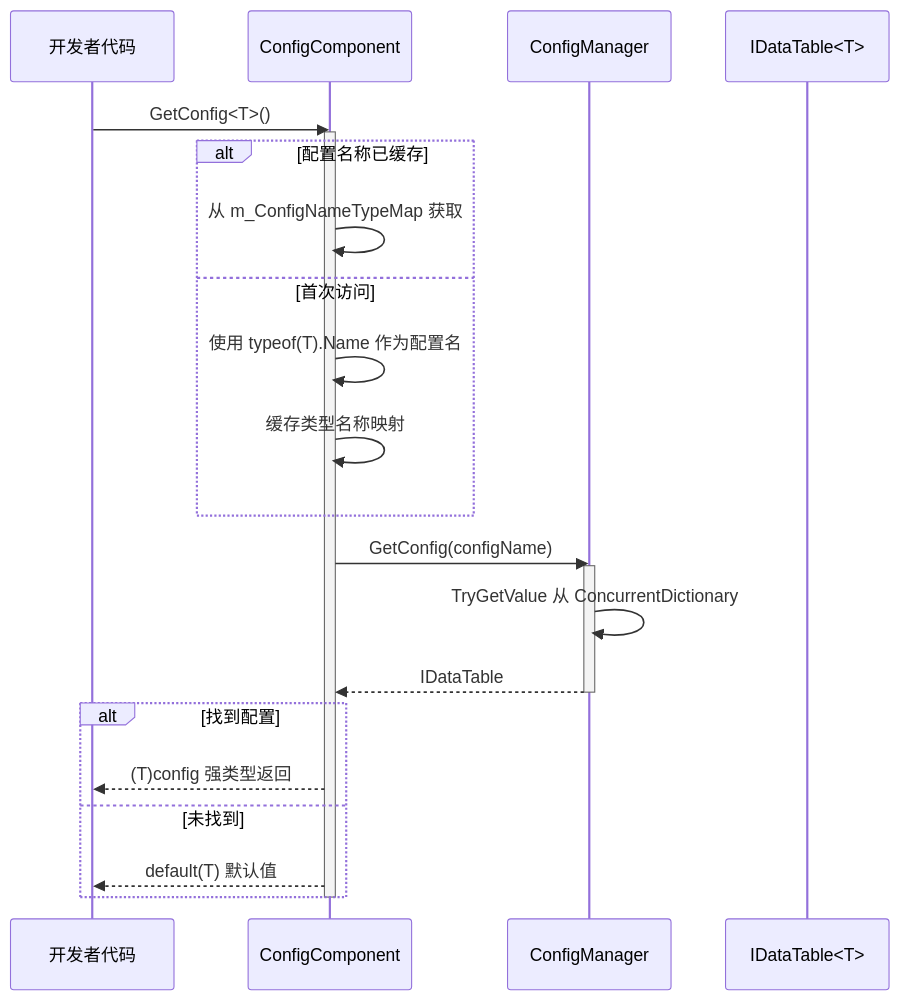
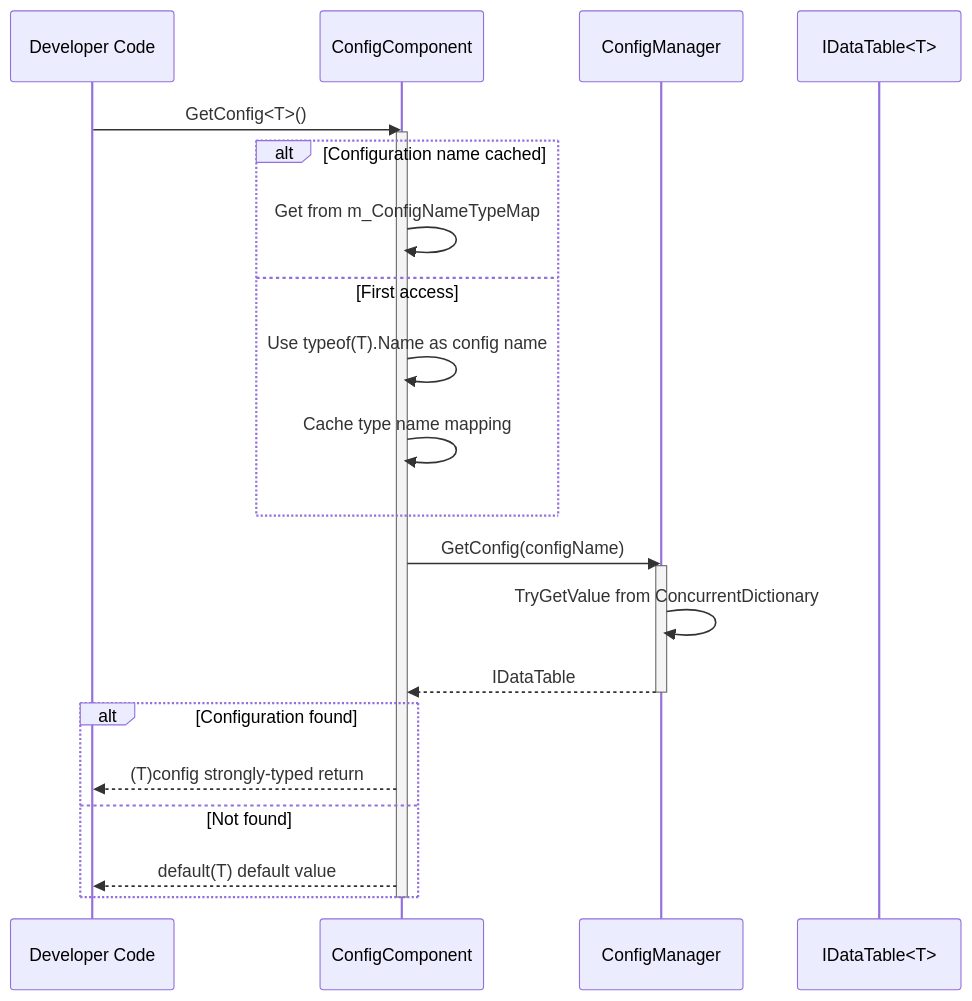
One commit to AlianBlank/GameFrameX.Docs changed the second of 3 diagrams in docs/en/client/unity/component/config/10.config-component.md. Above: the diagram before and after it, drawn with Mermaid. The commit also changed other lines of this file and 242 other files, not shown here.

````diff
--- a/docs/en/client/unity/component/config/10.config-component.md
+++ b/docs/en/client/unity/component/config/10.config-component.md
@@ -50,31 +50,31 @@
 ```mermaid
 sequenceDiagram
-    participant Dev as 开发者代码
+    participant Dev as Developer Code
     participant CC as ConfigComponent
     participant CM as ConfigManager
     participant DT as IDataTable<T>
 
     Dev->>CC: GetConfig<T>()
     activate CC
-    
-    alt 配置名称已缓存
-        CC->>CC: 从 m_ConfigNameTypeMap 获取
-    else 首次访问
-        CC->>CC: 使用 typeof(T).Name 作为配置名
-        CC->>CC: 缓存类型名称映射
+
+    alt Configuration name cached
+        CC->>CC: Get from m_ConfigNameTypeMap
+    else First access
+        CC->>CC: Use typeof(T).Name as config name
+        CC->>CC: Cache type name mapping
     end
-    
+
     CC->>CM: GetConfig(configName)
     activate CM
-    CM->>CM: TryGetValue 从 ConcurrentDictionary
+    CM->>CM: TryGetValue from ConcurrentDictionary
     CM-->>CC: IDataTable
     deactivate CM
-    
-    alt 找到配置
-        CC-->>Dev: (T)config 强类型返回
-    else 未找到
-        CC-->>Dev: default(T) 默认值
+
+    alt Configuration found
+        CC-->>Dev: (T)config strongly-typed return
+    else Not found
+        CC-->>Dev: default(T) default value
     end
-    
+
     deactivate CC
 ```
````
